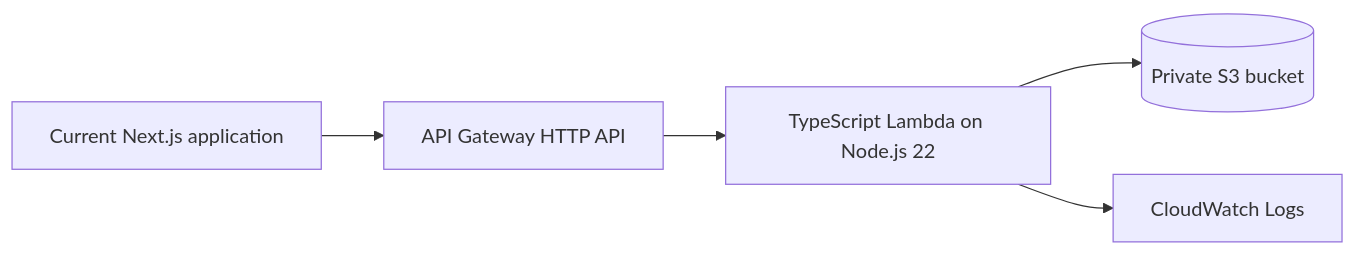
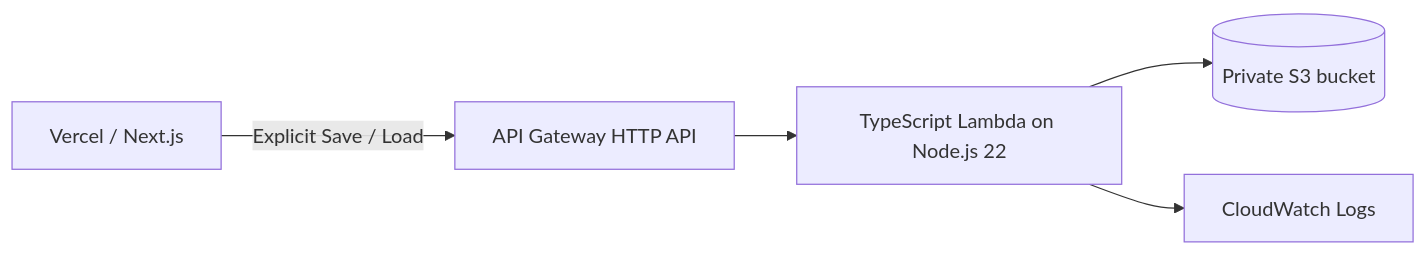
Before and after one commit to omaewamoushindei/llm-workflow-benchmark-lab: the diagram in docs/AWS_ARCHITECTURE.md, drawn with Mermaid. The commit also changed other lines of this file and 3 other files, not shown here.

Commit message:
Document AWS serverless persistence architecture

````diff
--- a/docs/AWS_ARCHITECTURE.md
+++ b/docs/AWS_ARCHITECTURE.md
@@ -9,7 +9,7 @@
 ```mermaid
 flowchart LR
-  App[Current Next.js application] --> Api[API Gateway HTTP API]
+  App[Vercel / Next.js] -->|Explicit Save / Load| Api[API Gateway HTTP API]
   Api --> Lambda[TypeScript Lambda on Node.js 22]
   Lambda --> S3[(Private S3 bucket)]
   Lambda --> Logs[CloudWatch Logs]
 ```
````
